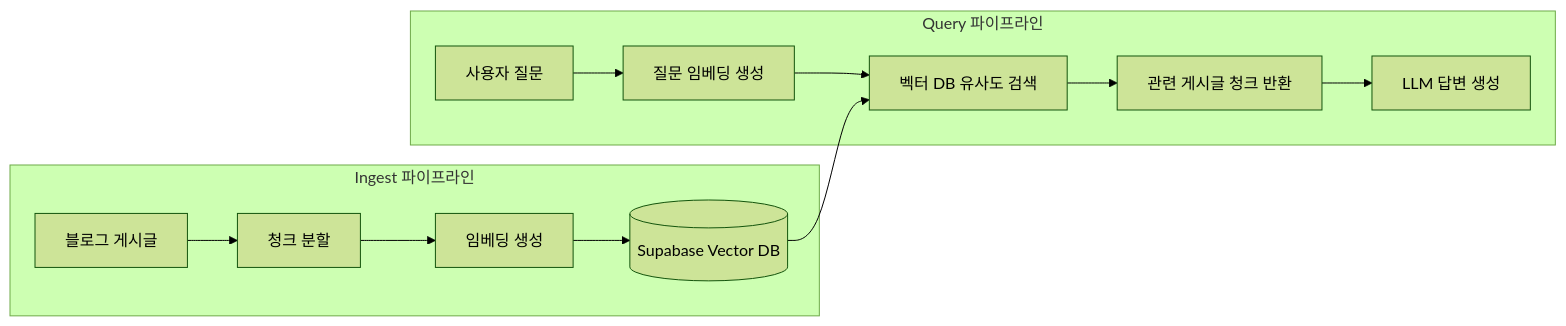
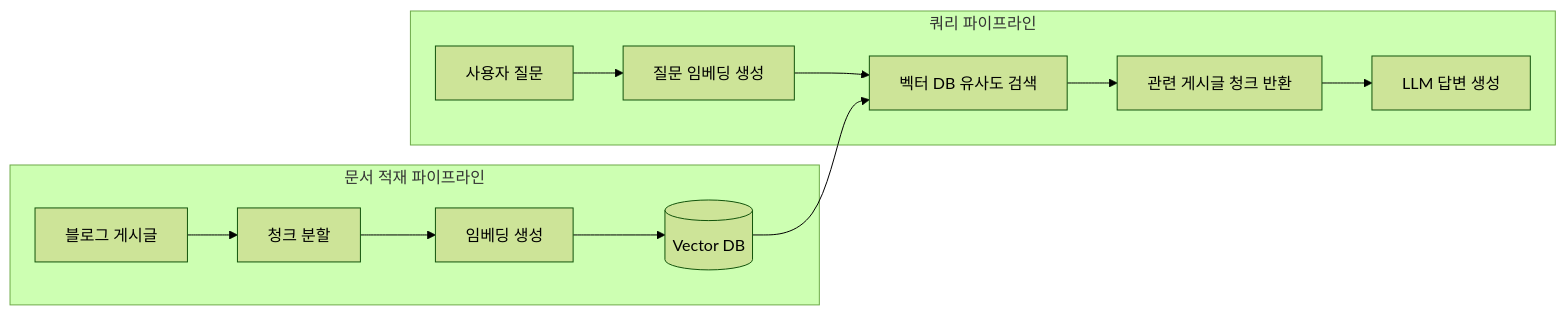
Before and after one commit to bh2980/bh2980_blog: the diagram in src/contents/posts/블로그를-검색하는-vector-rag-만들기.mdx, drawn with Mermaid (forest theme). The commit also changed other lines of this file, not shown here.

Commit message:
Update src/contents/posts/블로그를-검색하는-vector-rag-만들기

````diff
--- a/src/contents/posts/블로그를-검색하는-vector-rag-만들기.mdx
+++ b/src/contents/posts/블로그를-검색하는-vector-rag-만들기.mdx
@@ -33,16 +33,16 @@
 ```mermaid
 flowchart LR
-    subgraph Ingest["Ingest 파이프라인"]
+    subgraph Ingest["문서 적재 파이프라인"]
         A[블로그 게시글] --> B[청크 분할]
         B --> C[임베딩 생성]
-        C --> D[(Supabase Vector DB)]
+        C --> D[(Vector DB)]
     end
 
-    subgraph Query["Query 파이프라인"]
+    subgraph Query["쿼리 파이프라인"]
         E[사용자 질문] --> F[질문 임베딩 생성]
         F --> G[벡터 DB 유사도 검색]
         D --> G
         G --> H[관련 게시글 청크 반환]
         H --> I[LLM 답변 생성]
     end
 ```
````
